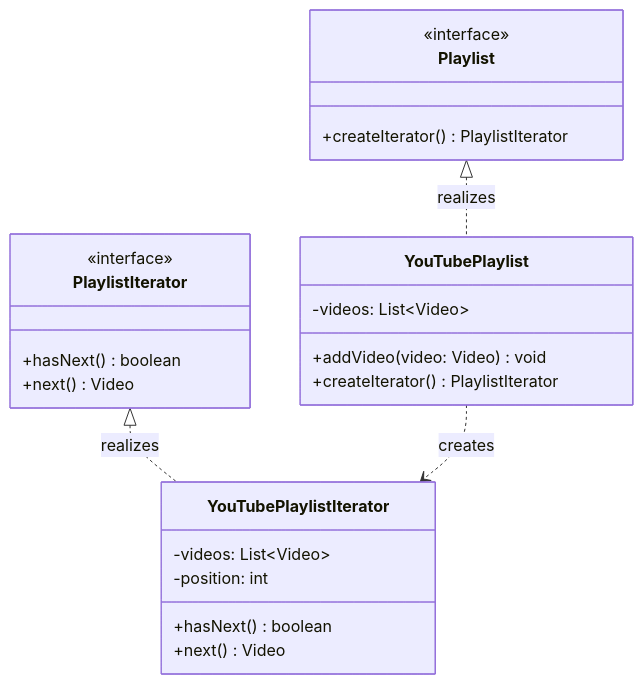
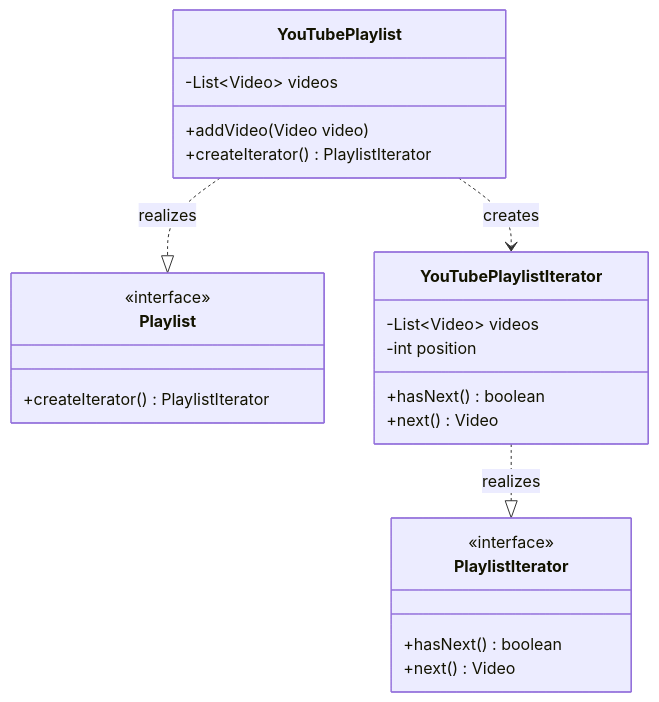
Before and after one commit to rizonkumar/solid-design-patterns: the diagram in src/DesignPatterns/BehaviouralPatterns/NEW/IteratorPattern/IteratorPatternDesignPatternGuide.md, drawn with Mermaid. The commit also changed other lines of this file and 3 other files, not shown here.

Commit message:
chore: clean up markdown documentation by removing citation tags and standardizing Mermaid diagrams for behavioral pattern guides.

````diff
--- a/src/DesignPatterns/BehaviouralPatterns/NEW/IteratorPattern/IteratorPatternDesignPatternGuide.md
+++ b/src/DesignPatterns/BehaviouralPatterns/NEW/IteratorPattern/IteratorPatternDesignPatternGuide.md
@@ -31,26 +32,27 @@
 ```mermaid
 classDiagram
     class Playlist {
         <<interface>>
         +createIterator() PlaylistIterator
     }
     class YouTubePlaylist {
-        -videos: List~Video~
-        +addVideo(video: Video) void
+        -List~Video~ videos
+        +addVideo(Video video)
         +createIterator() PlaylistIterator
     }
     class PlaylistIterator {
         <<interface>>
         +hasNext() boolean
         +next() Video
     }
     class YouTubePlaylistIterator {
-        -videos: List~Video~
-        -position: int
+        -List~Video~ videos
+        -int position
         +hasNext() boolean
         +next() Video
     }
-    Playlist <|.. YouTubePlaylist : realizes
-    PlaylistIterator <|.. YouTubePlaylistIterator : realizes
+
+    YouTubePlaylist ..|> Playlist : realizes
+    YouTubePlaylistIterator ..|> PlaylistIterator : realizes
     YouTubePlaylist ..> YouTubePlaylistIterator : creates
 ```
````
